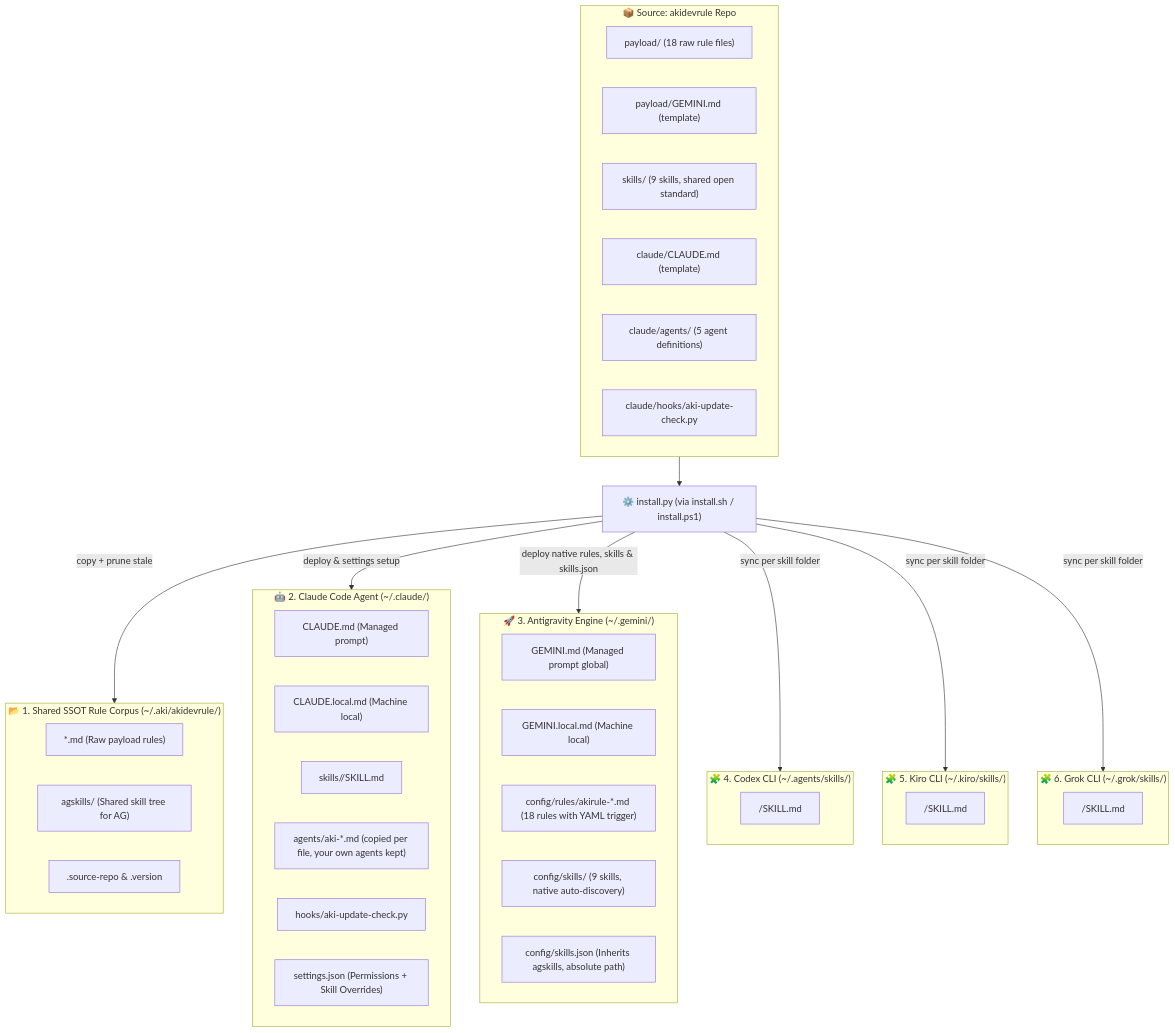
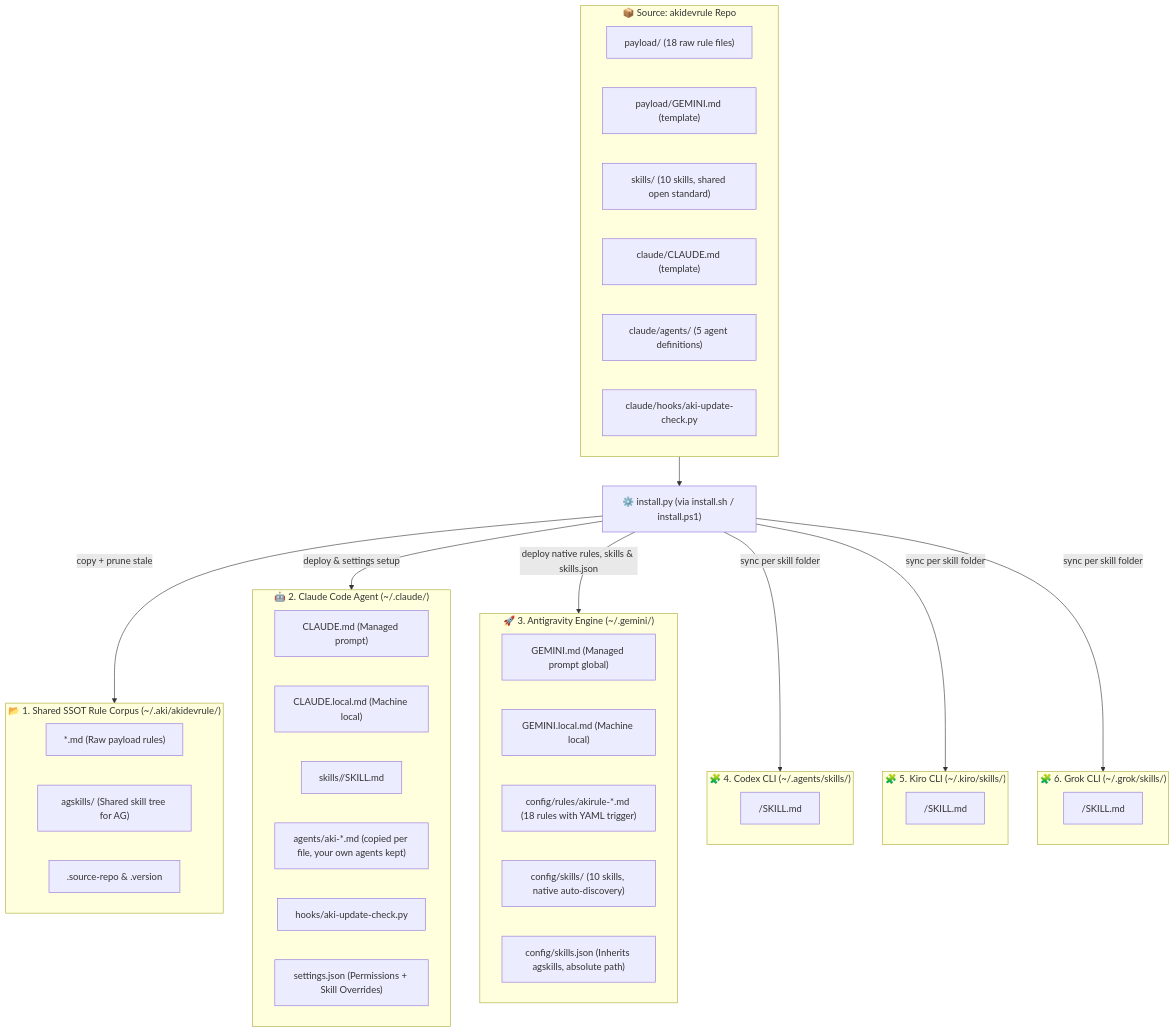
Before and after one commit to QuachGia1994/akidevrule: the diagram in README.md, drawn with Mermaid. The commit also changed other lines of this file and 4 other files, not shown here.

````diff
--- a/README.md
+++ b/README.md
@@ -181,58 +221,58 @@
 ```mermaid
 flowchart TD
     subgraph SRC["📦 Source: akidevrule Repo"]
         PAYLOAD["payload/ (18 raw rule files)"]
         PGEMINI["payload/GEMINI.md (template)"]
-        CSKILLS["skills/ (9 skills, shared open standard)"]
+        CSKILLS["skills/ (10 skills, shared open standard)"]
         CCLAUDE["claude/CLAUDE.md (template)"]
         CAGENTS["claude/agents/ (5 agent definitions)"]
         CHOOKS["claude/hooks/aki-update-check.py"]
     end
 
     INSTALL["⚙️ install.py (via install.sh / install.ps1)"]
     SRC --> INSTALL
 
     %% TARGET 1: ~/.aki/akidevrule/
     subgraph T1["📂 1. Shared SSOT Rule Corpus (~/.aki/akidevrule/)"]
         R_CORPUS["*.md (Raw payload rules)"]
         R_AGSKILLS["agskills/ (Shared skill tree for AG)"]
         R_META[".source-repo & .version"]
     end
 
     %% TARGET 2: ~/.claude/
     subgraph T2["🤖 2. Claude Code Agent (~/.claude/)"]
         C_MD["CLAUDE.md (Managed prompt)"]
         C_LOCAL["CLAUDE.local.md (Machine local)"]
         C_SKILLS["skills/<skill_name>/SKILL.md"]
         C_AGENTS["agents/aki-*.md (copied per file, your own agents kept)"]
         C_HOOKS["hooks/aki-update-check.py"]
         C_SET["settings.json (Permissions + Skill Overrides)"]
     end
 
     %% TARGET 3: ~/.gemini/
     subgraph T3["🚀 3. Antigravity Engine (~/.gemini/)"]
         G_MD["GEMINI.md (Managed prompt global)"]
         G_LOCAL["GEMINI.local.md (Machine local)"]
         G_RULES["config/rules/akirule-*.md (18 rules with YAML trigger)"]
-        G_SKILLS["config/skills/ (9 skills, native auto-discovery)"]
+        G_SKILLS["config/skills/ (10 skills, native auto-discovery)"]
         G_SJSON["config/skills.json (Inherits agskills, absolute path)"]
     end
 
     %% TARGETS 4-6: other CLIs that natively consume the SKILL.md standard
     subgraph T4["🧩 4. Codex CLI (~/.agents/skills/)"]
         X_SKILLS["<skill_name>/SKILL.md"]
     end
     subgraph T5["🧩 5. Kiro CLI (~/.kiro/skills/)"]
         K_SKILLS["<skill_name>/SKILL.md"]
     end
     subgraph T6["🧩 6. Grok CLI (~/.grok/skills/)"]
         R_SKILLS["<skill_name>/SKILL.md"]
     end
 
     INSTALL -->|"copy + prune stale"| T1
     INSTALL -->|"deploy & settings setup"| T2
     INSTALL -->|"deploy native rules, skills & skills.json"| T3
     INSTALL -->|"sync per skill folder"| T4
     INSTALL -->|"sync per skill folder"| T5
     INSTALL -->|"sync per skill folder"| T6
 ```
````
